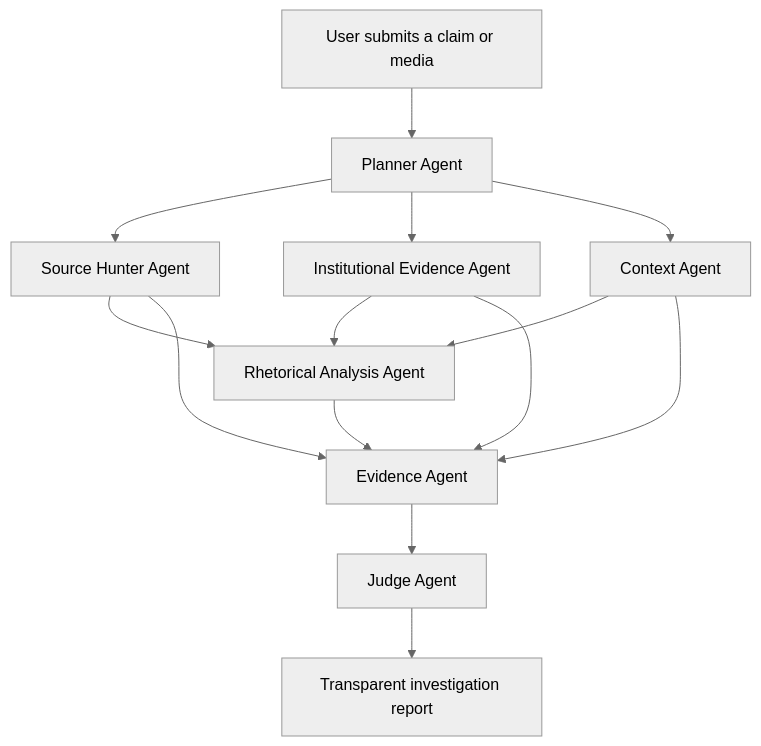
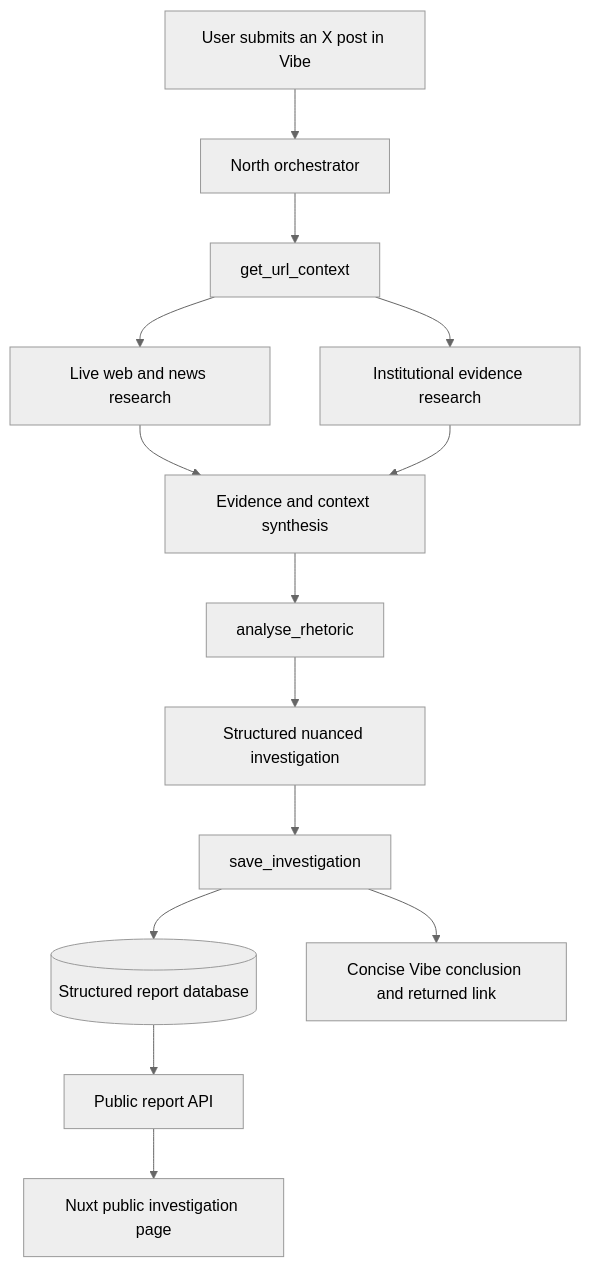
The diagram in .docs/agent-architecture.md (marionChineaud1/hack_mistral), drawn with Mermaid (neutral theme) before and after one commit. The commit also changed other lines of this file and 14 other files, not shown here.

````diff
--- a/.docs/agent-architecture.md
+++ b/.docs/agent-architecture.md
@@ -7,16 +7,16 @@
 ```mermaid
 flowchart TD
-    U[User submits a claim or media] --> P[Planner Agent]
-    P --> S[Source Hunter Agent]
-    P --> I[Institutional Evidence Agent]
-    P --> C[Context Agent]
-    S --> R[Rhetorical Analysis Agent]
-    I --> R
-    C --> R
-    S --> E[Evidence Agent]
-    I --> E
-    C --> E
-    R --> E
-    E --> J[Judge Agent]
-    J --> O[Transparent investigation report]
+    U[User submits an X post in Vibe] --> P[North orchestrator]
+    P --> X[get_url_context]
+    X --> S[Live web and news research]
+    X --> I[Institutional evidence research]
+    S --> C[Evidence and context synthesis]
+    I --> C
+    C --> R[analyse_rhetoric]
+    R --> J[Structured nuanced investigation]
+    J --> SAVE[save_investigation]
+    SAVE --> DB[(Structured report database)]
+    DB --> API[Public report API]
+    API --> PAGE[Nuxt public investigation page]
+    SAVE --> V[Concise Vibe conclusion and returned link]
 ```
````
